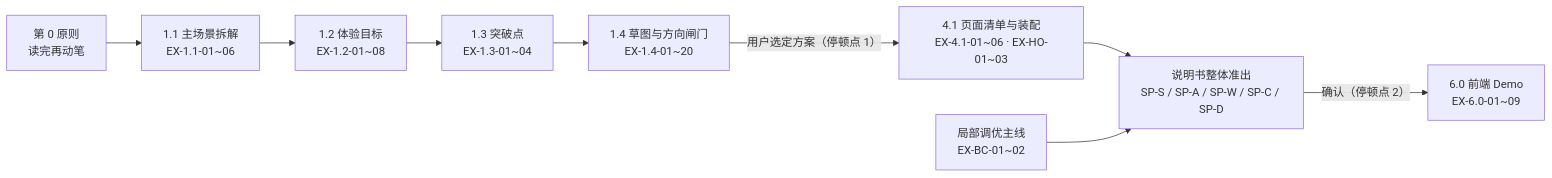
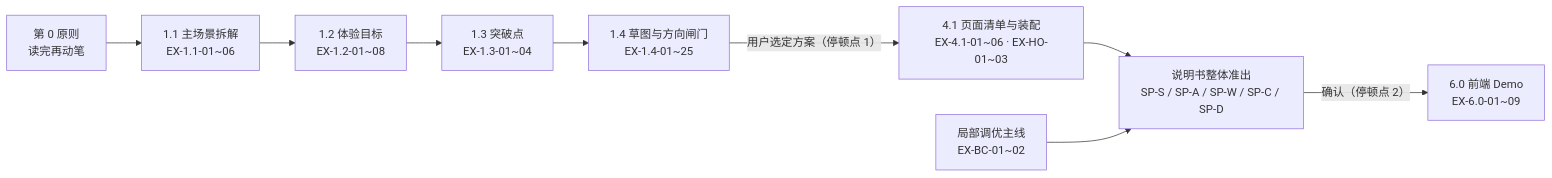
The diagram in 04-workflows-and-cases/准出门禁总表.md (wangjue2026/skill-designer-prism), drawn with Mermaid before and after one commit. The commit also changed other lines of this file and 10 other files, not shown here.

Commit message:
refactor(草图规范): 主图质量升级为形态无关四不变量与五步选形，新增交付前 headless 视觉自检与门禁加固

````diff
--- a/04-workflows-and-cases/准出门禁总表.md
+++ b/04-workflows-and-cases/准出门禁总表.md
@@ -19,11 +19,11 @@
 ```mermaid
 graph LR
   R["第 0 原则<br/>读完再动笔"] --> A1["1.1 主场景拆解<br/>EX-1.1-01~06"]
   A1 --> A2["1.2 体验目标<br/>EX-1.2-01~08"]
   A2 --> A3["1.3 突破点<br/>EX-1.3-01~04"]
-  A3 --> A4["1.4 草图与方向闸门<br/>EX-1.4-01~20"]
+  A3 --> A4["1.4 草图与方向闸门<br/>EX-1.4-01~25"]
   A4 -->|"用户选定方案（停顿点 1）"| A41["4.1 页面清单与装配<br/>EX-4.1-01~06 · EX-HO-01~03"]
   A41 --> SP["说明书整体准出<br/>SP-S / SP-A / SP-W / SP-C / SP-D"]
   SP -->|"确认（停顿点 2）"| C["6.0 前端 Demo<br/>EX-6.0-01~09"]
   T["局部调优主线<br/>EX-BC-01~02"] --> SP
 ```
````
